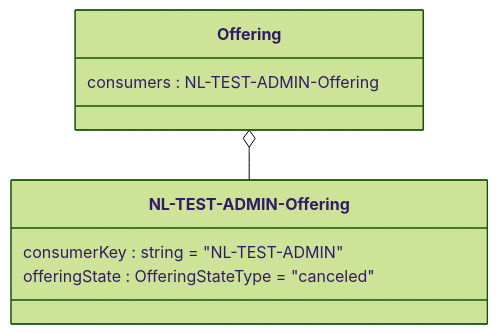
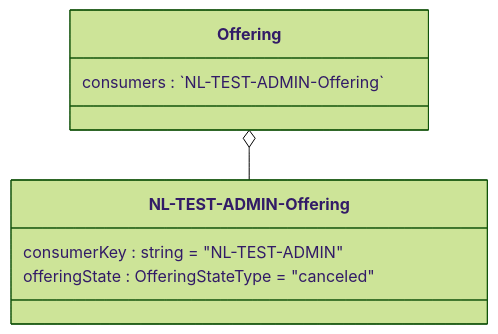
Before and after one commit to NetwerkExamineringDigitalisering/NED-OOAPI: the ninth of 10 diagrams in doc/flow2.md, drawn with Mermaid (forest theme). The commit also changed other lines of this file and 4 other files, not shown here.

Commit message:
fix mermaid issues with dashes

````diff
--- a/doc/flow2.md
+++ b/doc/flow2.md
@@ -384,11 +384,11 @@
 ```mermaid
 classDiagram
     class Offering {
-	consumers : NL-TEST-ADMIN-Offering
+	consumers : `NL-TEST-ADMIN-Offering`
     }
-    class NL-TEST-ADMIN-Offering {
+    class `NL-TEST-ADMIN-Offering` {
     	consumerKey : string = "NL-TEST-ADMIN"
 		offeringState : OfferingStateType = "canceled"
     }
-    Offering o-- NL-TEST-ADMIN-Offering
+    Offering o-- `NL-TEST-ADMIN-Offering`
 ```
````
